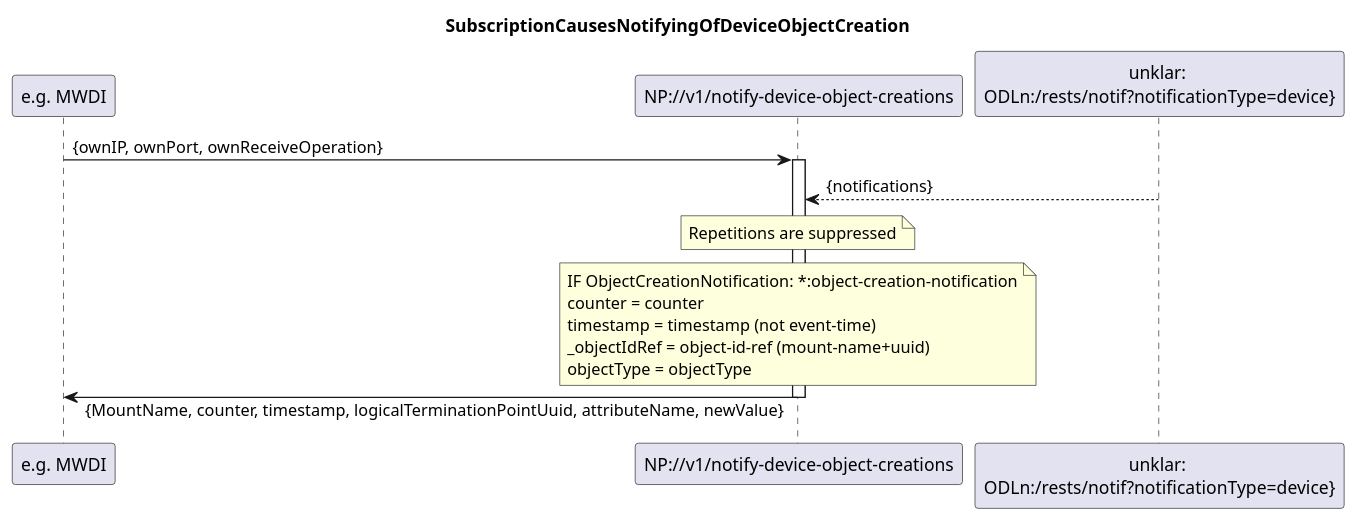
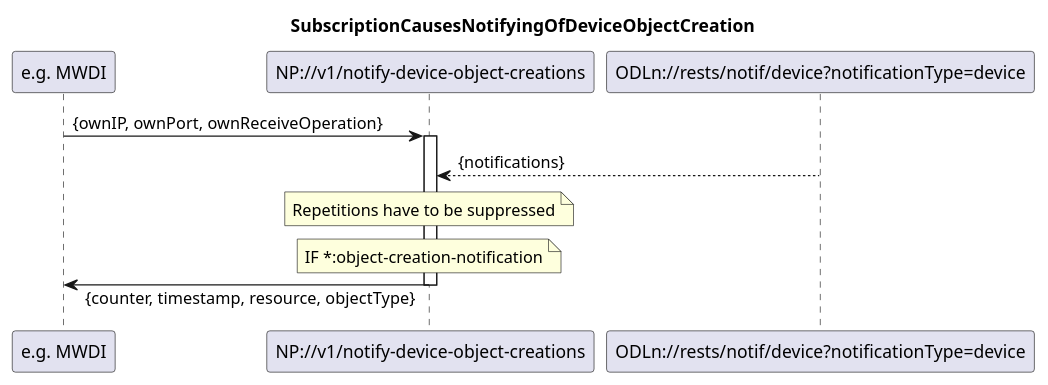
One commit to openBackhaul/NotificationProxy changed the diagram in spec/diagrams/is022_NotifyingOfDeviceObjectCreation.plantuml. Above: the diagram before and after it, drawn with PlantUML. The commit also changed 18 other files, not shown here.

Commit message:
Update diagrams

```diff
--- a/spec/diagrams/is022_NotifyingOfDeviceObjectCreation.plantuml
+++ b/spec/diagrams/is022_NotifyingOfDeviceObjectCreation.plantuml
@@ -1,31 +1,27 @@
 @startuml is022_NotifyingOfDeviceObjectCreation
 skinparam responseMessageBelowArrow true
 
 title SubscriptionCausesNotifyingOfDeviceObjectCreation
 
 participant "e.g. MWDI" as Subscriber
 participant "NP://v1/notify-device-object-creations" as NP_notifyObjectCreation
-participant "unklar: \nODLn:/rests/notif?notificationType=device}" as Device
+participant "ODLn://rests/notif/device?notificationType=device" as Device
 
 Subscriber -> NP_notifyObjectCreation: {ownIP, ownPort, ownReceiveOperation}
 activate NP_notifyObjectCreation
 
 Device --> NP_notifyObjectCreation: {notifications}
 
 note over NP_notifyObjectCreation
-Repetitions are suppressed
+Repetitions have to be suppressed
 end note
 
 note over NP_notifyObjectCreation
-IF ObjectCreationNotification: *:object-creation-notification
-counter = counter
-timestamp = timestamp (not event-time)
-_objectIdRef = object-id-ref (mount-name+uuid)
-objectType = objectType
+IF *:object-creation-notification
 end note
 
-Subscriber <- NP_notifyObjectCreation: {MountName, counter, timestamp, logicalTerminationPointUuid, attributeName, newValue}
+Subscriber <- NP_notifyObjectCreation: {counter, timestamp, resource, objectType}
 
 deactivate NP_notifyObjectCreation
 
 @enduml
```
